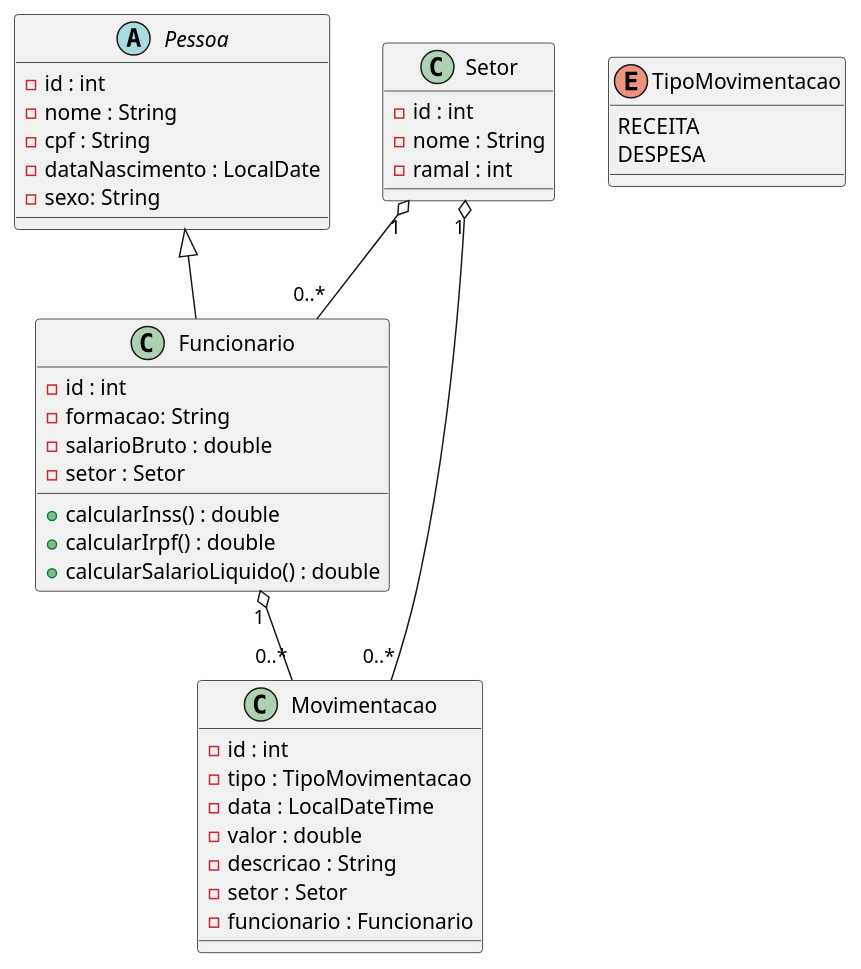
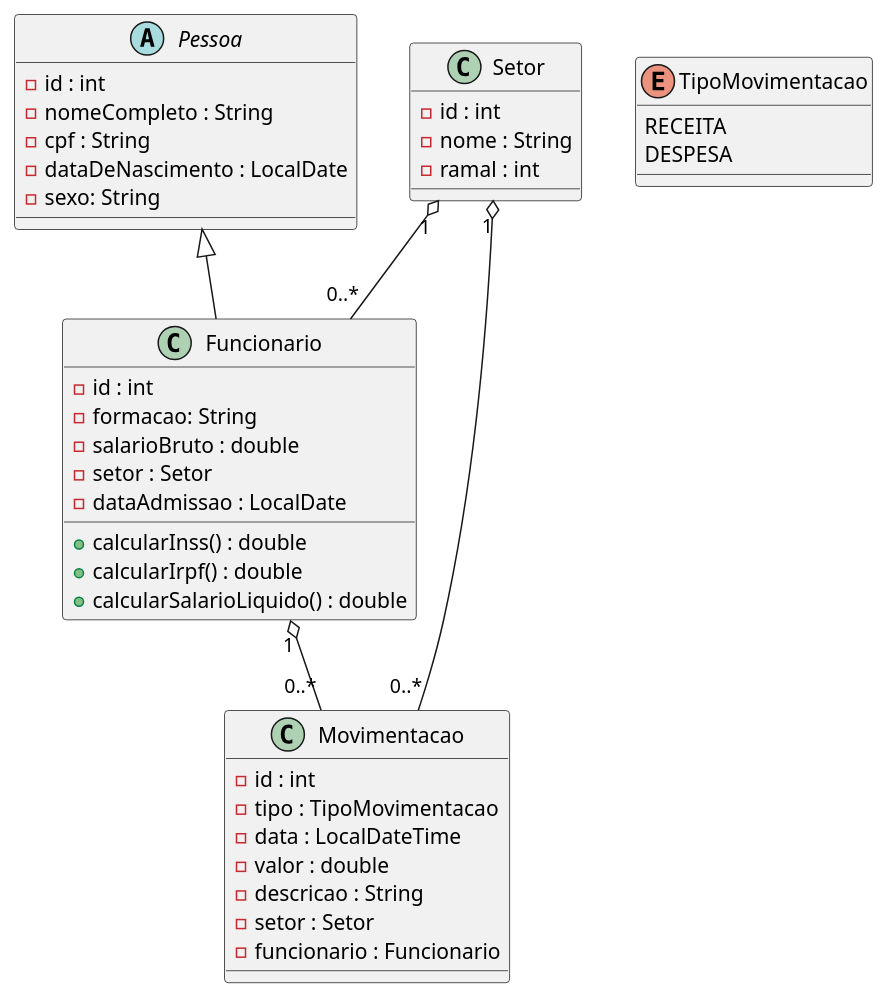
The diagram in README.md (Tairentsuki/POO2_atividade1), drawn with PlantUML before and after one commit.

Commit message:
Update attribute names in Pessoa and Funcionario classes

````diff
--- a/README.md
+++ b/README.md
@@ -11,51 +11,52 @@
 ```plantuml
 @startuml
 
 abstract class Pessoa {
     - id : int
-    - nome : String
+    - nomeCompleto : String
     - cpf : String
-    - dataNascimento : LocalDate
+    - dataDeNascimento : LocalDate
     - sexo: String
 }
 
 class Funcionario {
     - id : int
     - formacao: String
     - salarioBruto : double
     - setor : Setor
+    - dataAdmissao : LocalDate
     + calcularInss() : double
     + calcularIrpf() : double
     + calcularSalarioLiquido() : double
 }
 
 class Setor {
     - id : int
     - nome : String
     - ramal : int
 }
 
 class Movimentacao {
     - id : int
     - tipo : TipoMovimentacao
     - data : LocalDateTime
     - valor : double
     - descricao : String
     - setor : Setor
     - funcionario : Funcionario
 }
 
 enum TipoMovimentacao {
     RECEITA
     DESPESA
 }
 
 
 Pessoa <|-- Funcionario
 
 Setor "1" o-- "0..*" Funcionario 
 Setor "1" o-- "0..*" Movimentacao 
 Funcionario "1" o-- "0..*" Movimentacao 
 
 @enduml
 ```
````
